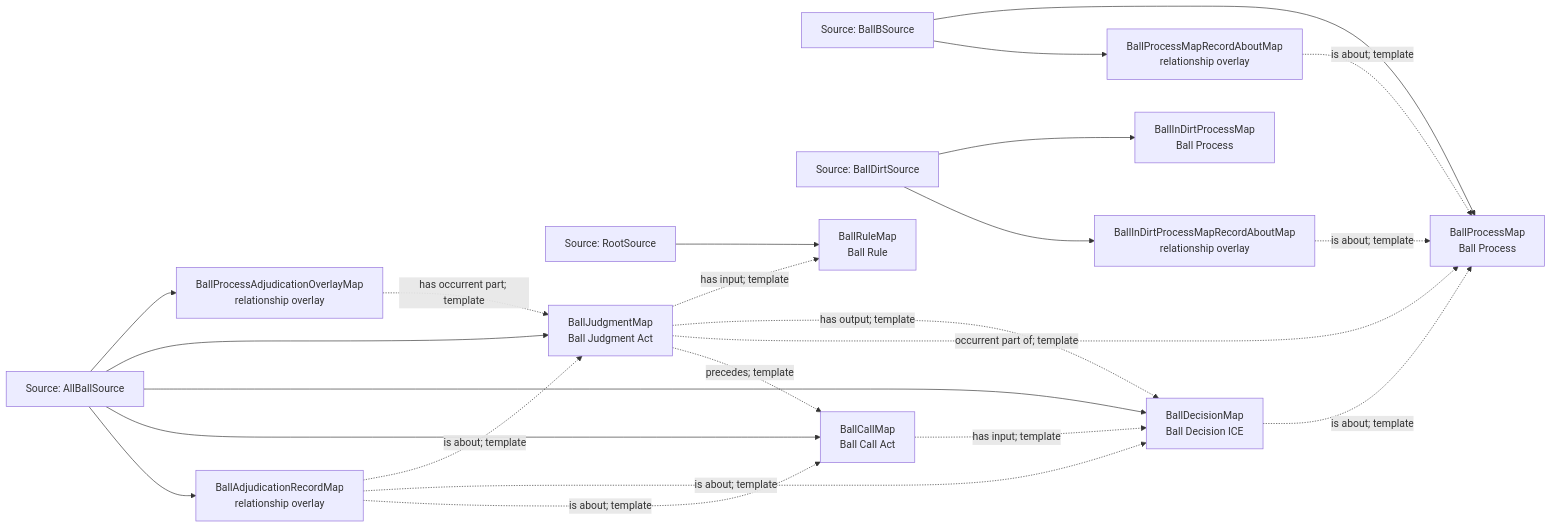
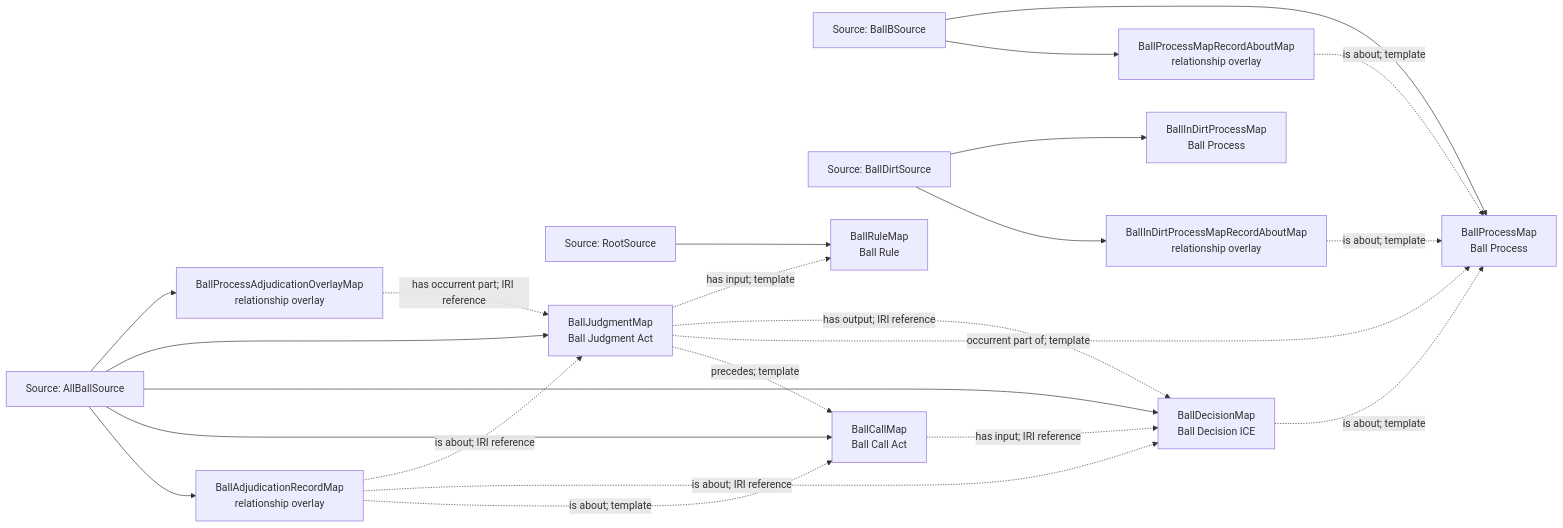
Before and after one commit to CarterBeauBenson/BaseballO: the diagram in Baseball/mermaid/patterns/mlb-game/12-ball-adjudication.md, drawn with Mermaid. The commit also changed other lines of this file and 152 other files, not shown here.

````diff
--- a/Baseball/mermaid/patterns/mlb-game/12-ball-adjudication.md
+++ b/Baseball/mermaid/patterns/mlb-game/12-ball-adjudication.md
@@ -10,39 +10,39 @@
 ```mermaid
 flowchart LR
     S01["Source: AllBallSource"]
     S02["Source: BallBSource"]
     S03["Source: BallDirtSource"]
     S04["Source: RootSource"]
     M01["BallProcessMap<br/>Ball Process"]
     M02["BallProcessMapRecordAboutMap<br/>relationship overlay"]
     M03["BallInDirtProcessMap<br/>Ball Process"]
     M04["BallInDirtProcessMapRecordAboutMap<br/>relationship overlay"]
     M05["BallProcessAdjudicationOverlayMap<br/>relationship overlay"]
     M06["BallJudgmentMap<br/>Ball Judgment Act"]
     M07["BallDecisionMap<br/>Ball Decision ICE"]
     M08["BallCallMap<br/>Ball Call Act"]
     M09["BallAdjudicationRecordMap<br/>relationship overlay"]
     M10["BallRuleMap<br/>Ball Rule"]
     S02 --> M01
     S02 --> M02
     S03 --> M03
     S03 --> M04
     S01 --> M05
     S01 --> M06
     S01 --> M07
     S01 --> M08
     S01 --> M09
     S04 --> M10
     M02 -.->|is about; template| M01
     M04 -.->|is about; template| M01
-    M05 -.->|has occurrent part; template| M06
+    M05 -.->|has occurrent part; IRI reference| M06
     M06 -.->|has input; template| M10
-    M06 -.->|has output; template| M07
+    M06 -.->|has output; IRI reference| M07
     M06 -.->|occurrent part of; template| M01
     M06 -.->|precedes; template| M08
     M07 -.->|is about; template| M01
-    M08 -.->|has input; template| M07
-    M09 -.->|is about; template| M06
-    M09 -.->|is about; template| M07
+    M08 -.->|has input; IRI reference| M07
+    M09 -.->|is about; IRI reference| M06
+    M09 -.->|is about; IRI reference| M07
     M09 -.->|is about; template| M08
 ```
````
